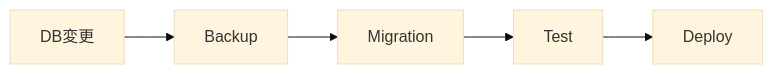
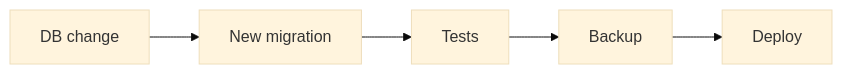
Before and after one commit to k-systems202208/python-sqlite-tailscale-webapp-template: the fourth of 4 diagrams in docs/DEVELOPMENT.md, drawn with Mermaid (base theme). The commit also changed other lines of this file and 42 other files, not shown here.

````diff
--- a/docs/DEVELOPMENT.md
+++ b/docs/DEVELOPMENT.md
@@ -178,7 +142,7 @@
 ```mermaid
 flowchart LR
-    D["DB変更"] --> B["Backup"]
-    B --> M["Migration"]
-    M --> T["Test"]
-    T --> P["Deploy"]
+    D["DB change"] --> M["New migration"]
+    M --> T["Tests"]
+    T --> B["Backup"]
+    B --> P["Deploy"]
 ```
````
